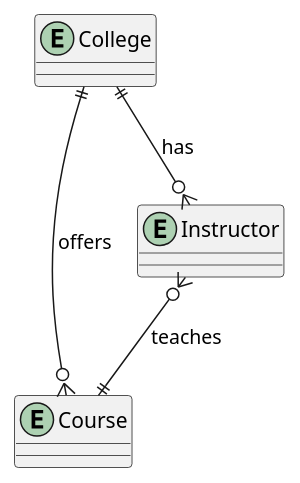
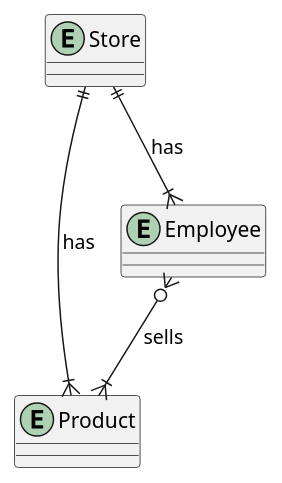
The diagram in test_uml.puml (bigeethan/CSCE411_ER_Diagram_Cardinality_Checker), drawn with PlantUML before and after one commit. The commit also changed 2 other files, not shown here.

```diff
--- a/test_uml.puml
+++ b/test_uml.puml
@@ -1,9 +1,9 @@
 @startuml
-entity College
-entity Course
-entity Instructor
+entity Store
+entity Product
+entity Employee
 
-College ||--o{ Course : offers
-College ||--o{ Instructor : has
-Instructor }o--|| Course : teaches
+Store ||--|{ Product : has
+Store ||--|{ Employee : has
+Employee }o--|{ Product : sells
 @enduml
```
